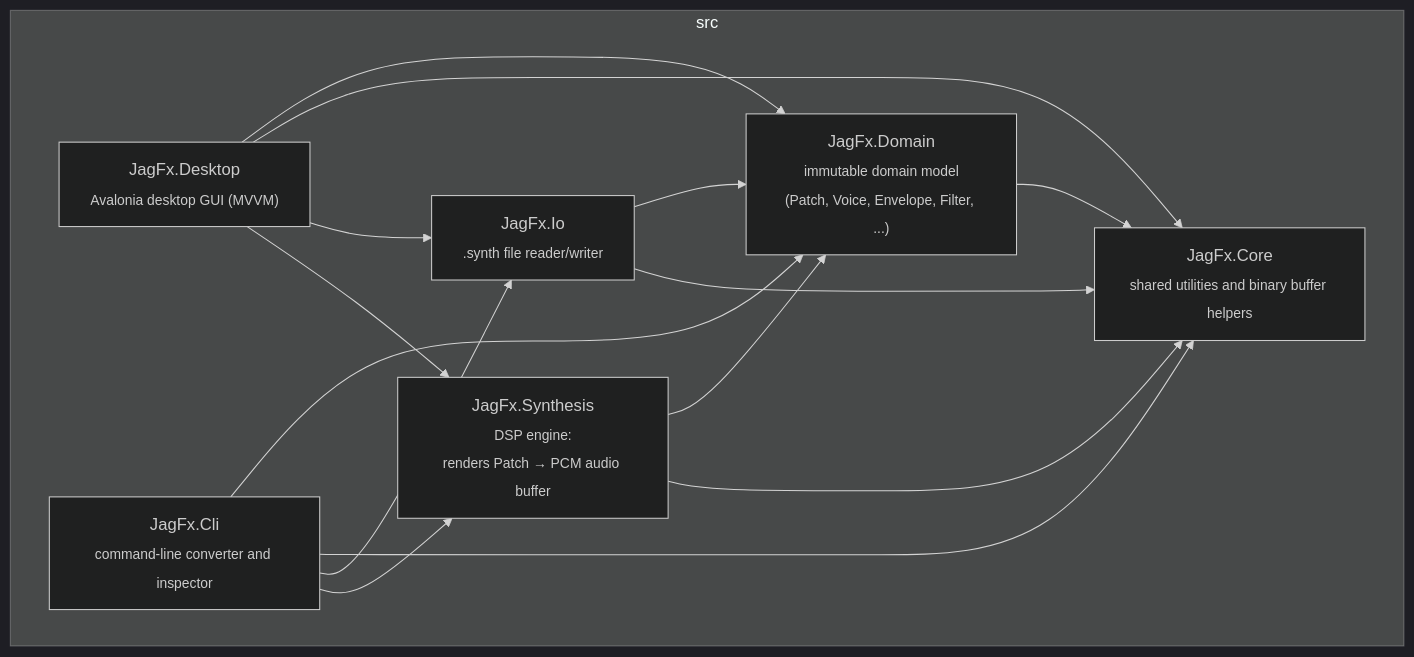
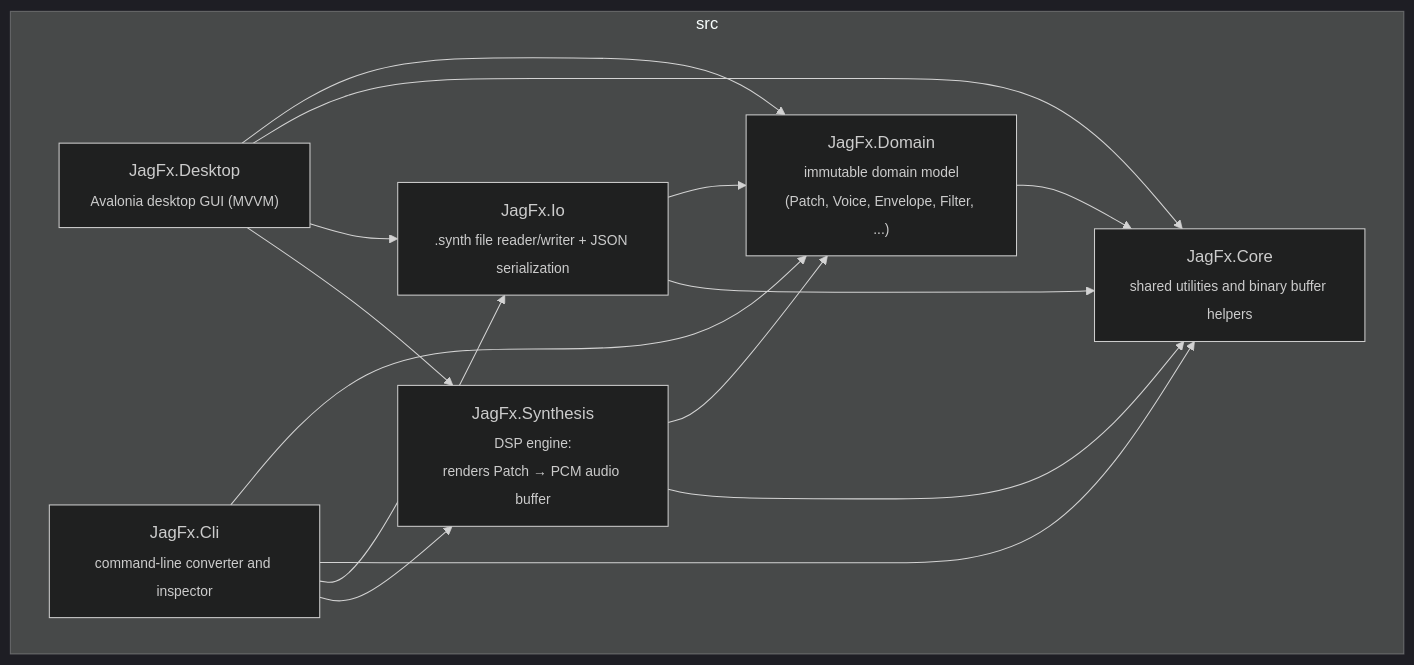
One commit to xsyetopz/JagFX changed the diagram in README.md. Above: the diagram before and after it, drawn with Mermaid (dark theme). The commit also changed other lines of this file and 1 other file, not shown here.

First line of the commit message:
docs: update README and CHANGELOG for JSON interchange format

````diff
--- a/README.md
+++ b/README.md
@@ -48,29 +49,29 @@
 ```mermaid
 graph TD
     subgraph src
         JagFX_Domain["JagFx.Domain<br/><sub>immutable domain model<br/>(Patch, Voice, Envelope, Filter, ...)</sub>"]
         JagFX_Core["JagFx.Core<br/><sub>shared utilities and binary buffer helpers</sub>"]
-        JagFX_Io["JagFx.Io<br/><sub>.synth file reader/writer</sub>"]
+        JagFX_Io["JagFx.Io<br/><sub>.synth file reader/writer + JSON serialization</sub>"]
         JagFX_Synth["JagFx.Synthesis<br/><sub>DSP engine:<br/>renders Patch → PCM audio buffer</sub>"]
         JagFX_Desktop["JagFx.Desktop<br/><sub>Avalonia desktop GUI (MVVM)</sub>"]
         JagFX_Cli["JagFx.Cli<br/><sub>command-line converter and inspector</sub>"]
     end
 
     JagFX_Desktop --> JagFX_Domain
     JagFX_Desktop --> JagFX_Core
     JagFX_Desktop --> JagFX_Io
     JagFX_Desktop --> JagFX_Synth
 
     JagFX_Cli --> JagFX_Domain
     JagFX_Cli --> JagFX_Core
     JagFX_Cli --> JagFX_Io
     JagFX_Cli --> JagFX_Synth
 
     JagFX_Synth --> JagFX_Domain
     JagFX_Synth --> JagFX_Core
 
     JagFX_Io --> JagFX_Domain
     JagFX_Io --> JagFX_Core
 
     JagFX_Domain --> JagFX_Core
 ```
````
